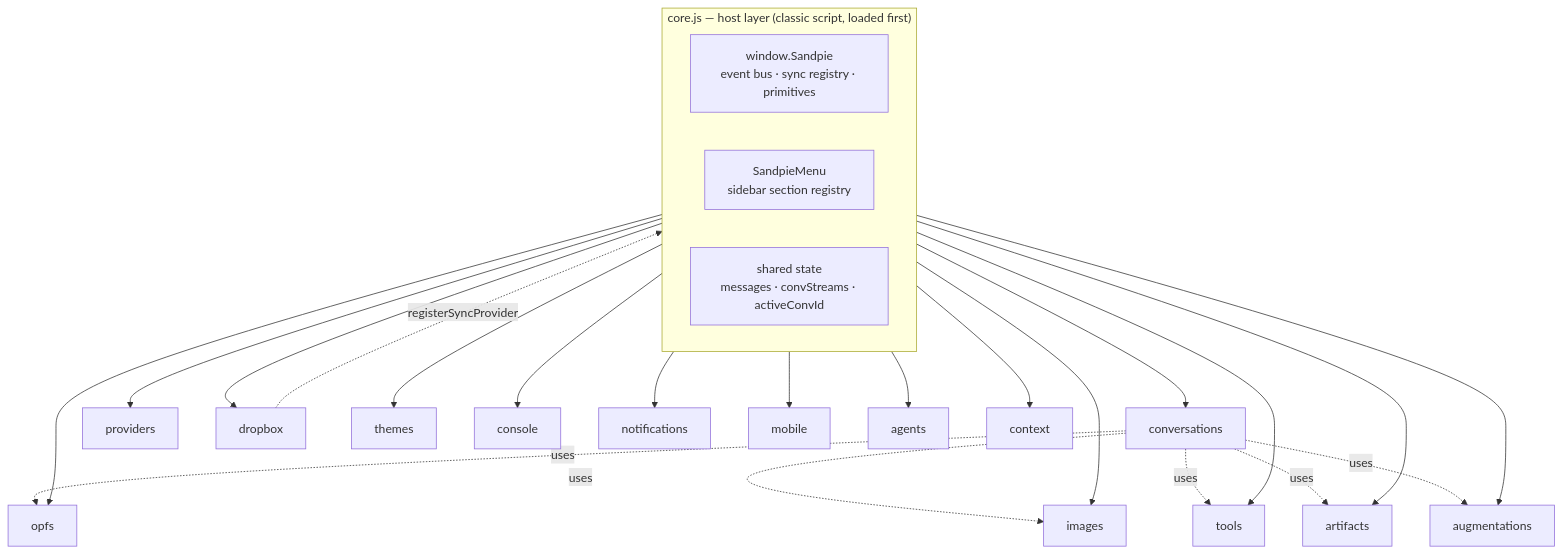
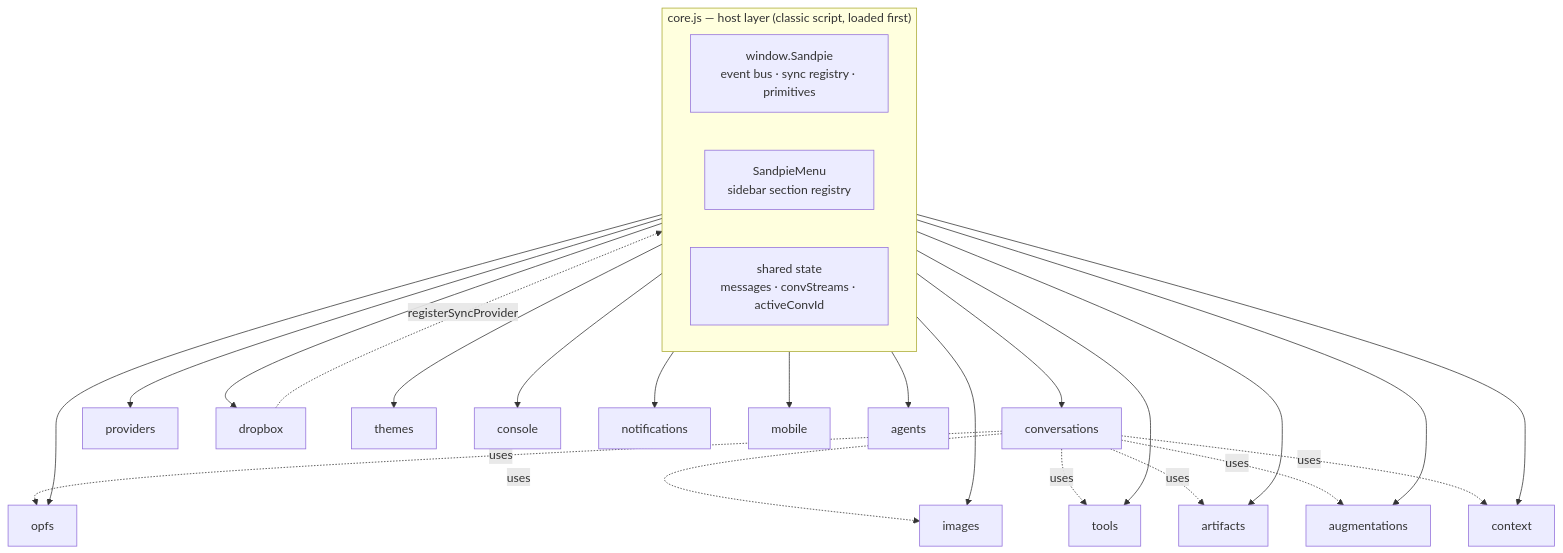
The first of 2 diagrams in docs/ARCHITECTURE.md (eze-paz/primasieve), drawn with Mermaid before and after one commit. The commit also changed other lines of this file and 7 other files, not shown here.

````diff
--- a/docs/ARCHITECTURE.md
+++ b/docs/ARCHITECTURE.md
@@ -15,31 +15,32 @@
 ```mermaid
 flowchart TD
     subgraph HOST["core.js — host layer (classic script, loaded first)"]
       direction LR
       S["window.Sandpie<br/>event bus · sync registry · primitives"]
       M["SandpieMenu<br/>sidebar section registry"]
       ST["shared state<br/>messages · convStreams · activeConvId"]
     end
 
     HOST --> conversations
     HOST --> opfs
     HOST --> providers
     HOST --> dropbox
     HOST --> themes
     HOST --> console
     HOST --> images
     HOST --> notifications
     HOST --> tools
     HOST --> mobile
     HOST --> agents
     HOST --> context
     HOST --> artifacts
     HOST --> augmentations
 
     conversations -. uses .-> opfs
     conversations -. uses .-> images
     conversations -. uses .-> tools
     conversations -. uses .-> artifacts
     conversations -. uses .-> augmentations
+    conversations -. uses .-> context
     dropbox -. registerSyncProvider .-> S
 ```
````
